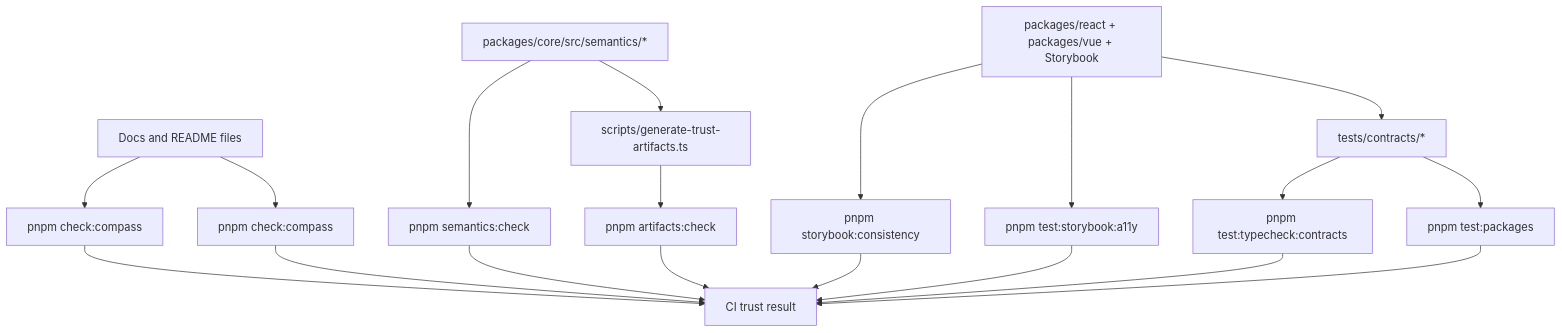
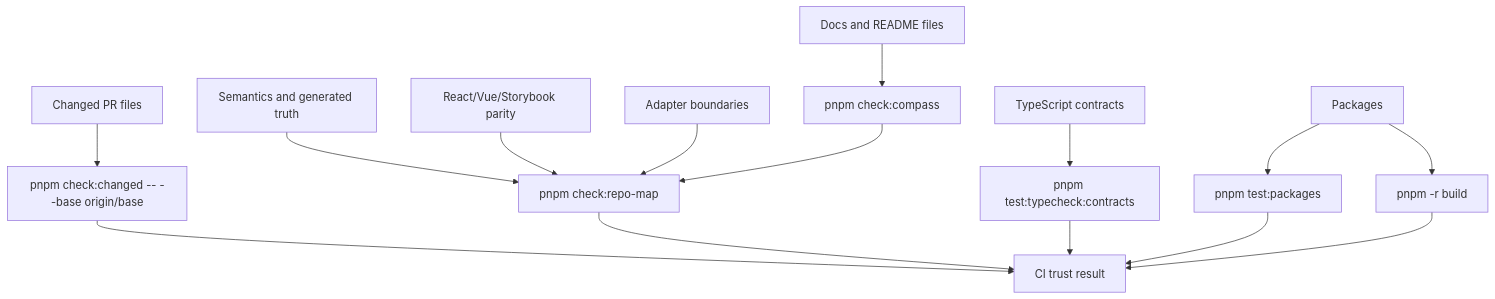
One commit to niklas-westman/marwes changed the second of 3 diagrams in docs/reference/governance.md. Above: the diagram before and after it, drawn with Mermaid. The commit also changed other lines of this file and 4 other files, not shown here.

Commit message:
ci: align pr gates with repo map

````diff
--- a/docs/reference/governance.md
+++ b/docs/reference/governance.md
@@ -95,25 +103,18 @@
 ```mermaid
 graph TD
-  A[Docs and README files] --> B[pnpm check:compass]
-  A --> C[pnpm check:compass]
+  A[Changed PR files] --> Z[pnpm check:changed -- --base origin/base]
+  B[Docs and README files] --> C[pnpm check:compass]
+  D[Semantics and generated truth] --> E[pnpm check:repo-map]
+  F[React/Vue/Storybook parity] --> E
+  G[Adapter boundaries] --> E
+  H[TypeScript contracts] --> I[pnpm test:typecheck:contracts]
+  J[Packages] --> K[pnpm test:packages]
+  J --> L[pnpm -r build]
 
-  D[packages/core/src/semantics/*] --> E[pnpm semantics:check]
-  D --> F[scripts/generate-trust-artifacts.ts]
-
-  F --> G[pnpm artifacts:check]
-
-  H[packages/react + packages/vue + Storybook] --> I[pnpm storybook:consistency]
-  H --> I2[pnpm test:storybook:a11y]
-  H --> J[tests/contracts/*]
-  J --> K[pnpm test:typecheck:contracts]
-  J --> L[pnpm test:packages]
-
-  B --> M[CI trust result]
-  C --> M
+  Z --> M[CI trust result]
+  C --> E
   E --> M
-  G --> M
   I --> M
-  I2 --> M
   K --> M
   L --> M
 ```
````
